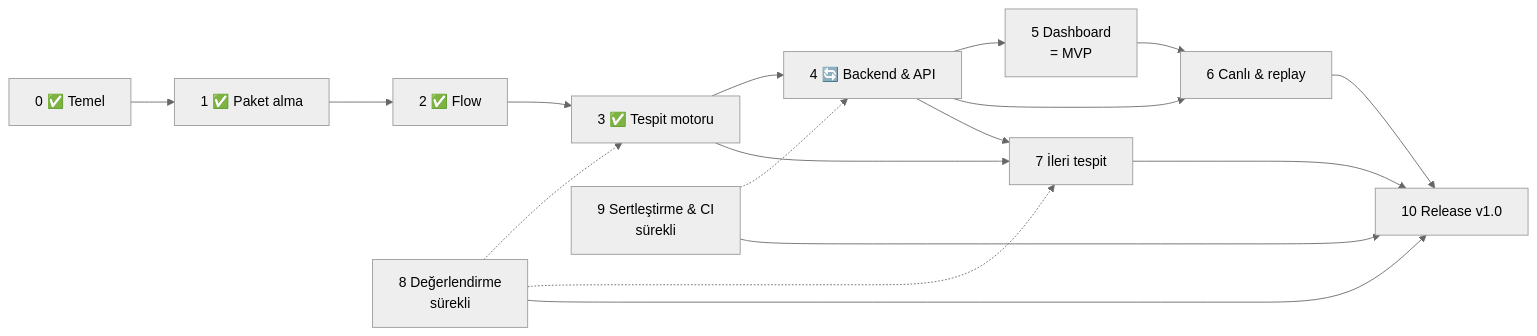
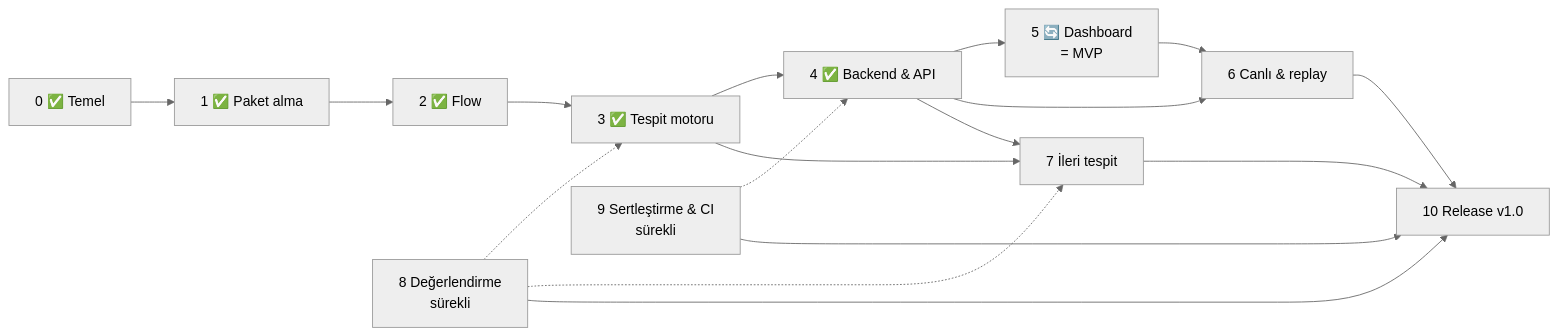
The diagram in ROADMAP.md (furkan-akkaya/NetGuard), drawn with Mermaid (neutral theme) before and after one commit. The commit also changed other lines of this file and 11 other files, not shown here.

First line of the commit message:
docs: release v0.4.0 with API reference and backend ADR

````diff
--- a/ROADMAP.md
+++ b/ROADMAP.md
@@ -71,19 +72,19 @@
 ```mermaid
 flowchart LR
     F0[0 ✅ Temel] --> F1[1 ✅ Paket alma]
     F1 --> F2[2 ✅ Flow]
     F2 --> F3[3 ✅ Tespit motoru]
-    F3 --> F4[4 🔄 Backend & API]
-    F4 --> F5[5 Dashboard<br/>= MVP]
+    F3 --> F4[4 ✅ Backend & API]
+    F4 --> F5[5 🔄 Dashboard<br/>= MVP]
     F4 --> F6[6 Canlı & replay]
     F5 --> F6
     F3 --> F7[7 İleri tespit]
     F4 --> F7
     F8[8 Değerlendirme<br/>sürekli] -.-> F3
     F8 -.-> F7
     F9[9 Sertleştirme & CI<br/>sürekli] -.-> F4
     F6 --> F10[10 Release v1.0]
     F7 --> F10
     F8 --> F10
     F9 --> F10
 ```
````
